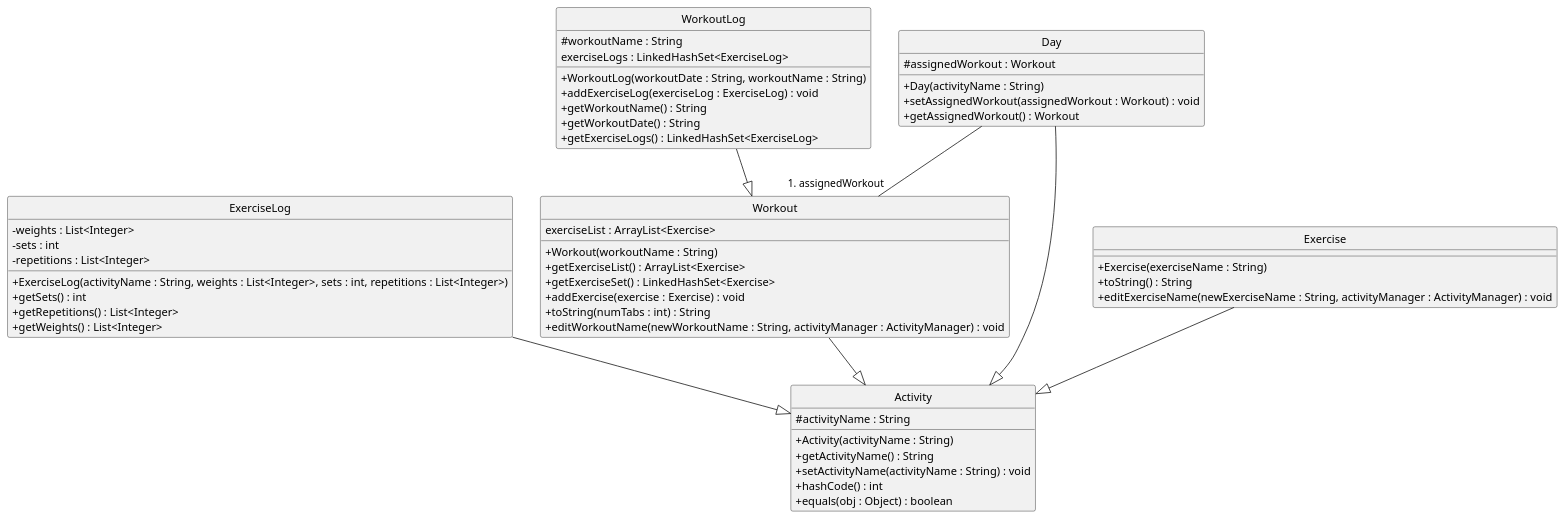
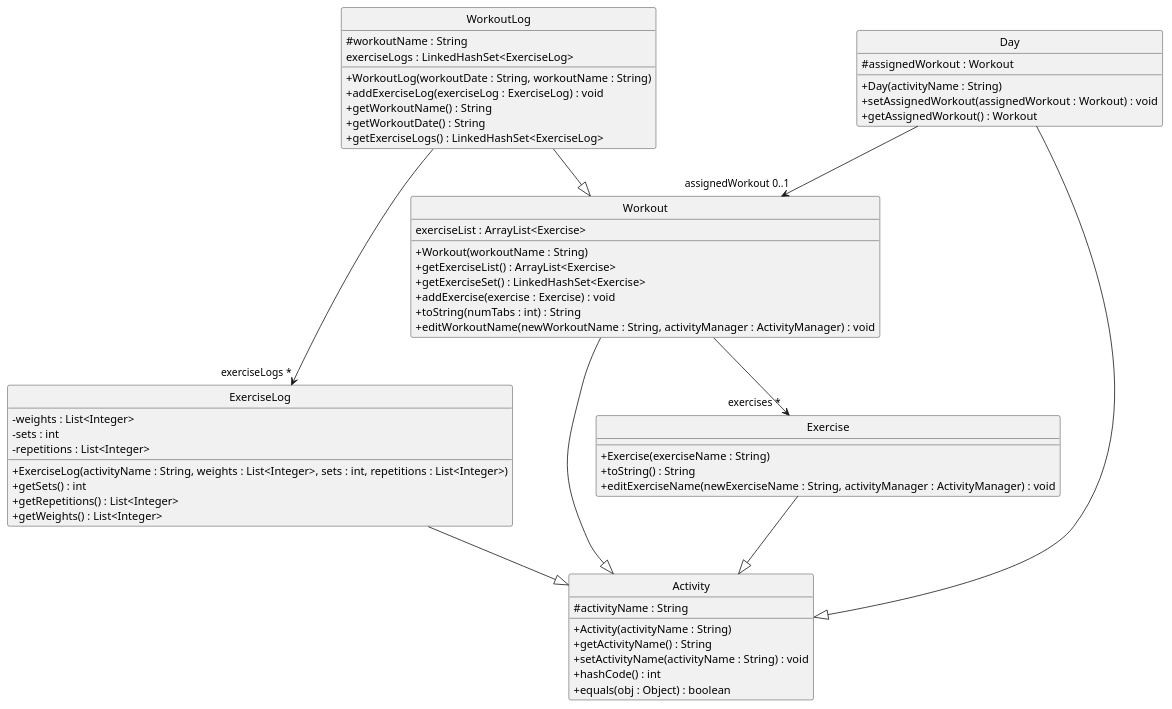
The diagram in docs/plantuml/ActivityClassDiagram.puml (joshualeejunyi/tp), drawn with PlantUML before and after one commit. The commit also changed 11 other files, not shown here.

Commit message:
Update UML diagrams

```diff
--- a/docs/plantuml/ActivityClassDiagram.puml
+++ b/docs/plantuml/ActivityClassDiagram.puml
@@ -1,57 +1,59 @@
 @startuml
 skinparam classAttributeIconSize 0
 skinparam style strictuml
 hide circle
 class Activity{
 # activityName : String
 + Activity(activityName : String)
 + getActivityName() : String
 + setActivityName(activityName : String) : void
 + hashCode() : int
 + equals(obj : Object) : boolean
 }
 class ExerciseLog{
 - weights : List<Integer>
 - sets : int
 - repetitions : List<Integer>
 + ExerciseLog(activityName : String, weights : List<Integer>, sets : int, repetitions : List<Integer>)
 + getSets() : int
 + getRepetitions() : List<Integer>
 + getWeights() : List<Integer>
 }
 ExerciseLog --|> Activity
 class WorkoutLog{
 # workoutName : String
 exerciseLogs : LinkedHashSet<ExerciseLog>
 + WorkoutLog(workoutDate : String, workoutName : String)
 + addExerciseLog(exerciseLog : ExerciseLog) : void
 + getWorkoutName() : String
 + getWorkoutDate() : String
 + getExerciseLogs() : LinkedHashSet<ExerciseLog>
 }
 WorkoutLog --|> Workout
 class Day{
 # assignedWorkout : Workout
 + Day(activityName : String)
 + setAssignedWorkout(assignedWorkout : Workout) : void
 + getAssignedWorkout() : Workout
 }
 Day --|> Activity
 class Exercise{
 + Exercise(exerciseName : String)
 + toString() : String
 + editExerciseName(newExerciseName : String, activityManager : ActivityManager) : void
 }
 Exercise --|> Activity
 class Workout{
 exerciseList : ArrayList<Exercise>
 + Workout(workoutName : String)
 + getExerciseList() : ArrayList<Exercise>
 + getExerciseSet() : LinkedHashSet<Exercise>
 + addExercise(exercise : Exercise) : void
 + toString(numTabs : int) : String
 + editWorkoutName(newWorkoutName : String, activityManager : ActivityManager) : void
 }
 Workout --|> Activity
-Day--"# assignedWorkout" Workout
+Day-->"assignedWorkout 0..1" Workout
+Workout-->"exercises *" Exercise
+WorkoutLog --> "exerciseLogs *"ExerciseLog
 @enduml
```
